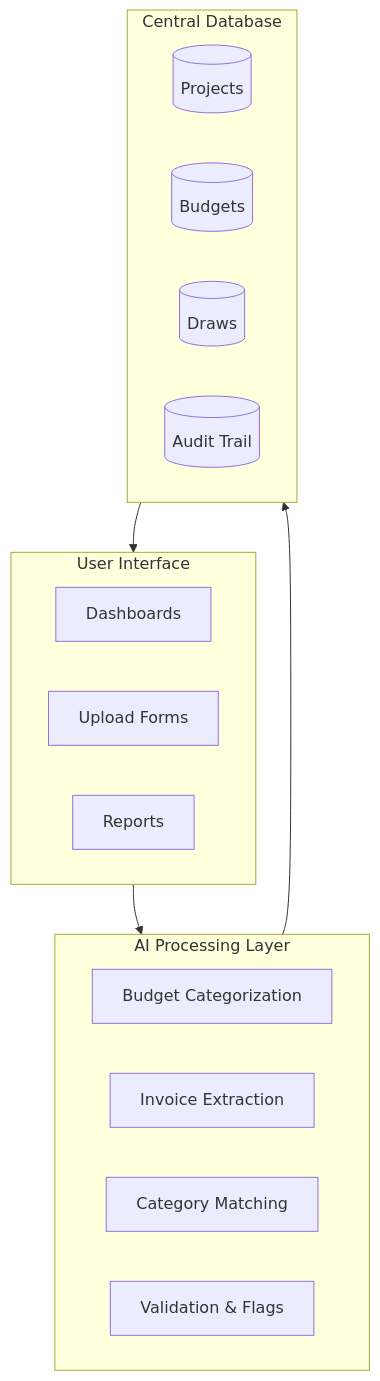
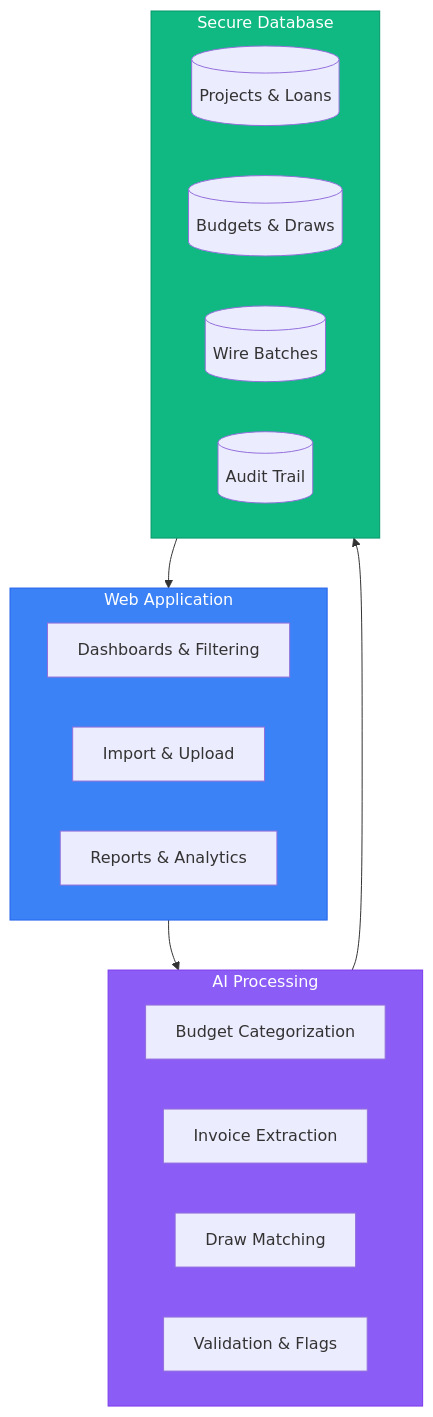
Before and after one commit to grysngrhm-tech/TD3: the third of 3 diagrams in README.md, drawn with Mermaid. The commit also changed other lines of this file and 11 other files, not shown here.

````diff
--- a/README.md
+++ b/README.md
@@ -193,26 +203,30 @@
 ```mermaid
 flowchart TB
-    subgraph ui [User Interface]
-        Dashboard[Dashboards]
-        Upload[Upload Forms]
-        Reports[Reports]
+    classDef ui fill:#3b82f6,color:#fff,stroke:#2563eb
+    classDef ai fill:#8b5cf6,color:#fff,stroke:#7c3aed
+    classDef db fill:#10b981,color:#fff,stroke:#059669
+
+    subgraph ui ["Web Application"]
+        Dashboard["Dashboards & Filtering"]
+        Upload["Import & Upload"]
+        Reports["Reports & Analytics"]
     end
-    
-    subgraph ai [AI Processing Layer]
-        Categorize[Budget Categorization]
-        Extract[Invoice Extraction]
-        Match[Category Matching]
-        Validate[Validation & Flags]
+
+    subgraph ai ["AI Processing"]
+        Categorize["Budget Categorization"]
+        Extract["Invoice Extraction"]
+        Match["Draw Matching"]
+        Validate["Validation & Flags"]
     end
-    
-    subgraph db [Central Database]
-        Projects[(Projects)]
-        Budgets[(Budgets)]
-        Draws[(Draws)]
-        Audit[(Audit Trail)]
+
+    subgraph db ["Secure Database"]
+        Projects[("Projects & Loans")]
+        Budgets[("Budgets & Draws")]
+        Wire[("Wire Batches")]
+        Audit[("Audit Trail")]
     end
-    
-    ui --> ai
-    ai --> db
-    db --> ui
+
+    ui:::ui --> ai:::ai
+    ai:::ai --> db:::db
+    db:::db --> ui:::ui
 ```
````
